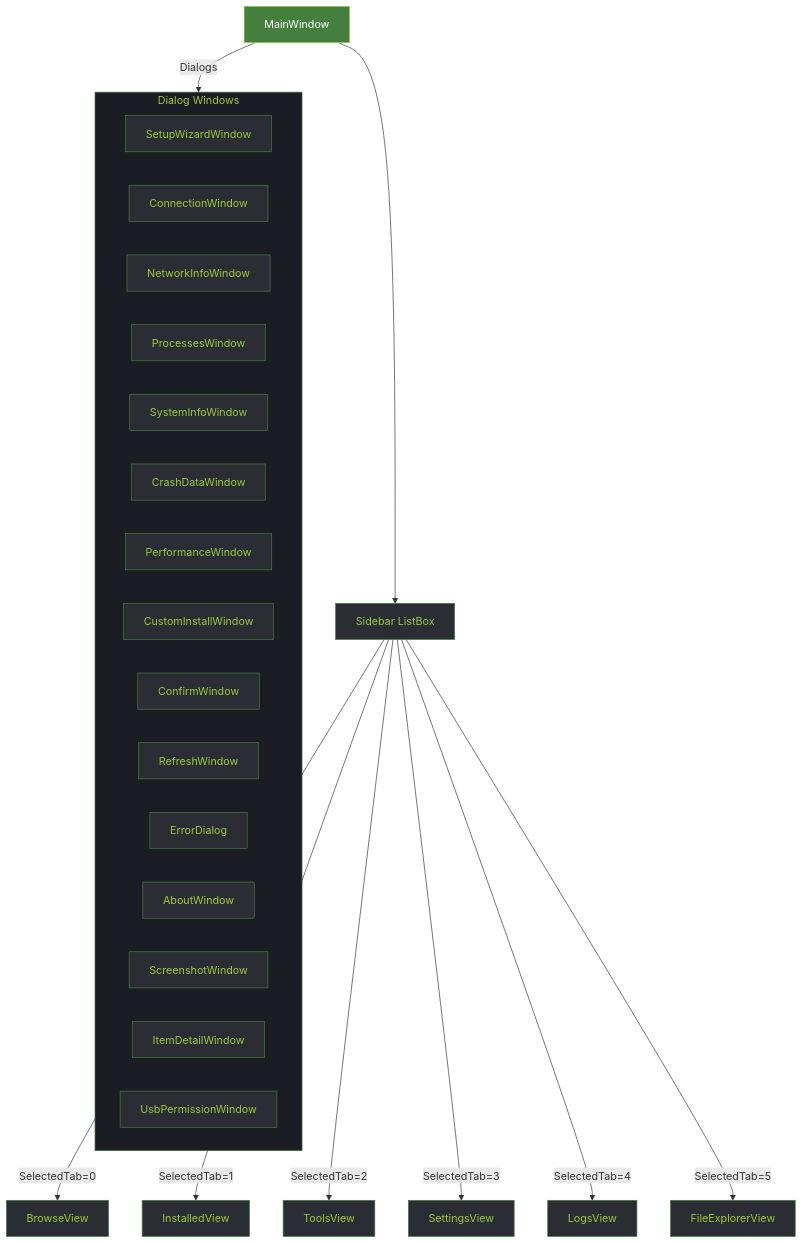
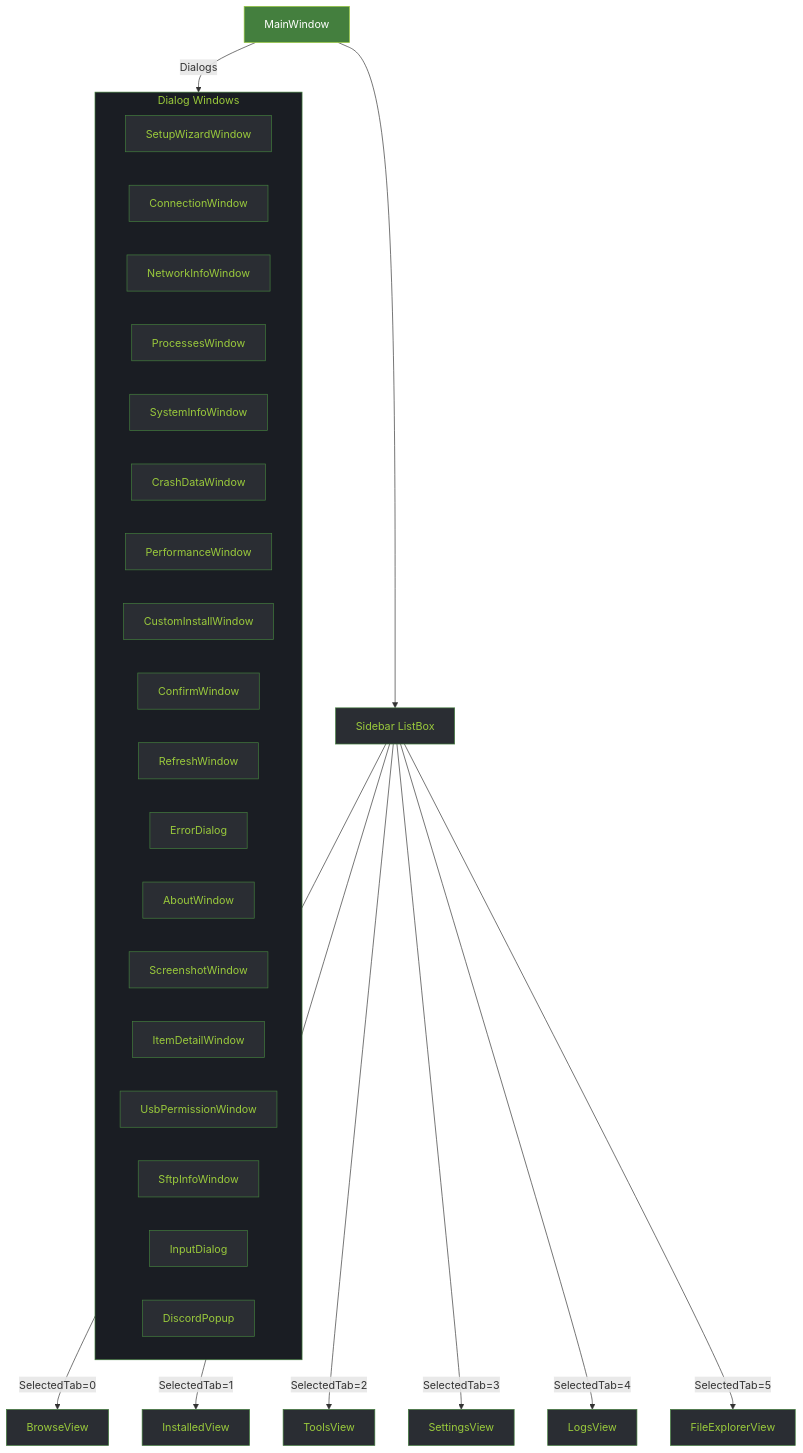
The fifth of 5 diagrams in docs/architecture.md (marcelofrau/xb-homebrew-vault), drawn with Mermaid before and after one commit. The commit also changed other lines of this file and 31 other files, not shown here.

````diff
--- a/docs/architecture.md
+++ b/docs/architecture.md
@@ -371,53 +414,59 @@
 ```mermaid
 flowchart TD
     MW[MainWindow] --> SB[Sidebar ListBox]
     SB -->|SelectedTab=0| BV[BrowseView]
     SB -->|SelectedTab=1| IV[InstalledView]
     SB -->|SelectedTab=2| TV[ToolsView]
     SB -->|SelectedTab=3| SV[SettingsView]
     SB -->|SelectedTab=4| LV[LogsView]
     SB -->|SelectedTab=5| FV[FileExplorerView]
     MW -->|Dialogs| Dialogs
     subgraph Dialogs["Dialog Windows"]
         SetupW[SetupWizardWindow]
         CW[ConnectionWindow]
         NIW[NetworkInfoWindow]
         PW[ProcessesWindow]
         SIW[SystemInfoWindow]
         CDW[CrashDataWindow]
         PerfW[PerformanceWindow]
         CD[CustomInstallWindow]
         ConfW[ConfirmWindow]
         RD[RefreshWindow]
         ED[ErrorDialog]
         AW[AboutWindow]
         SS[ScreenshotWindow]
         ID[ItemDetailWindow]
         UsbW[UsbPermissionWindow]
+        SftpW[SftpInfoWindow]
+        InD[InputDialog]
+        DiscD[DiscordPopup]
     end
     
     style MW fill:#447F3E,stroke:#9ACA3C,color:#fff
     style SB fill:#2A2D33,stroke:#447F3E,color:#9ACA3C
     style BV fill:#2A2D33,stroke:#447F3E,color:#9ACA3C
     style IV fill:#2A2D33,stroke:#447F3E,color:#9ACA3C
     style TV fill:#2A2D33,stroke:#447F3E,color:#9ACA3C
     style SV fill:#2A2D33,stroke:#447F3E,color:#9ACA3C
     style LV fill:#2A2D33,stroke:#447F3E,color:#9ACA3C
     style FV fill:#2A2D33,stroke:#447F3E,color:#9ACA3C
     style Dialogs fill:#1A1D23,stroke:#447F3E,color:#9ACA3C
     style SetupW fill:#2A2D33,stroke:#447F3E,color:#9ACA3C
     style CW fill:#2A2D33,stroke:#447F3E,color:#9ACA3C
     style NIW fill:#2A2D33,stroke:#447F3E,color:#9ACA3C
     style PW fill:#2A2D33,stroke:#447F3E,color:#9ACA3C
     style SIW fill:#2A2D33,stroke:#447F3E,color:#9ACA3C
     style CDW fill:#2A2D33,stroke:#447F3E,color:#9ACA3C
     style PerfW fill:#2A2D33,stroke:#447F3E,color:#9ACA3C
     style CD fill:#2A2D33,stroke:#447F3E,color:#9ACA3C
     style ConfW fill:#2A2D33,stroke:#447F3E,color:#9ACA3C
     style RD fill:#2A2D33,stroke:#447F3E,color:#9ACA3C
     style ED fill:#2A2D33,stroke:#447F3E,color:#9ACA3C
     style AW fill:#2A2D33,stroke:#447F3E,color:#9ACA3C
     style SS fill:#2A2D33,stroke:#447F3E,color:#9ACA3C
     style ID fill:#2A2D33,stroke:#447F3E,color:#9ACA3C
     style UsbW fill:#2A2D33,stroke:#447F3E,color:#9ACA3C
+    style SftpW fill:#2A2D33,stroke:#447F3E,color:#9ACA3C
+    style InD fill:#2A2D33,stroke:#447F3E,color:#9ACA3C
+    style DiscD fill:#2A2D33,stroke:#447F3E,color:#9ACA3C
 ```
````
